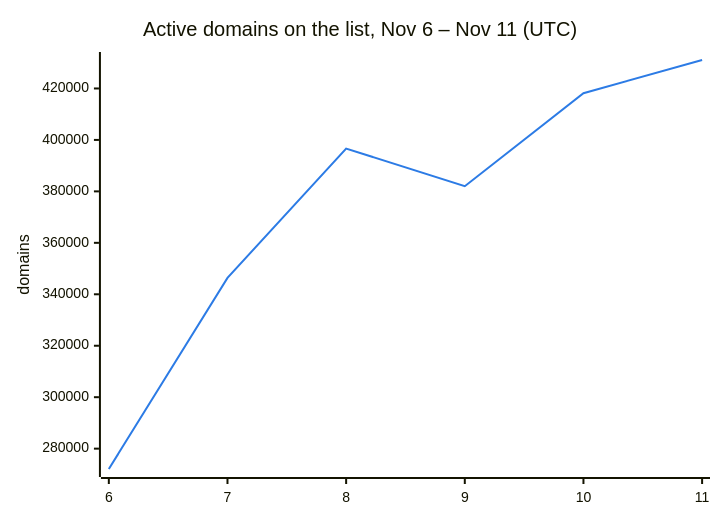
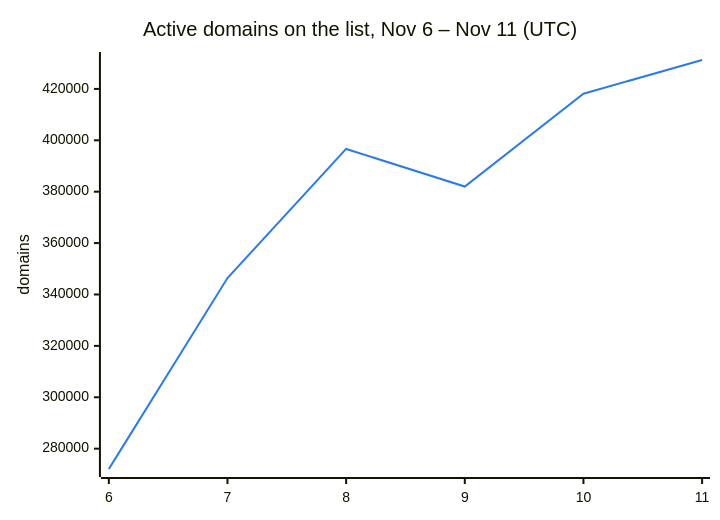
The second of 3 diagrams in README.md (DNSBunker/CTI), drawn with Mermaid before and after one commit. The commit also changed other lines of this file and 3 other files, not shown here.

````diff
--- a/README.md
+++ b/README.md
@@ -38,8 +38,8 @@
 ```mermaid
 %%{init: {"themeVariables": {"xyChart": {"plotColorPalette": "#2c7be5"}}}}%%
 xychart-beta
     title "Active domains on the list, Nov 6 – Nov 11 (UTC)"
     x-axis ["6", "7", "8", "9", "10", "11"]
     y-axis "domains"
-    line [272088, 346388, 396638, 382009, 418143, 431066]
+    line [272088, 346388, 396638, 382009, 418143, 431250]
 ```
````
